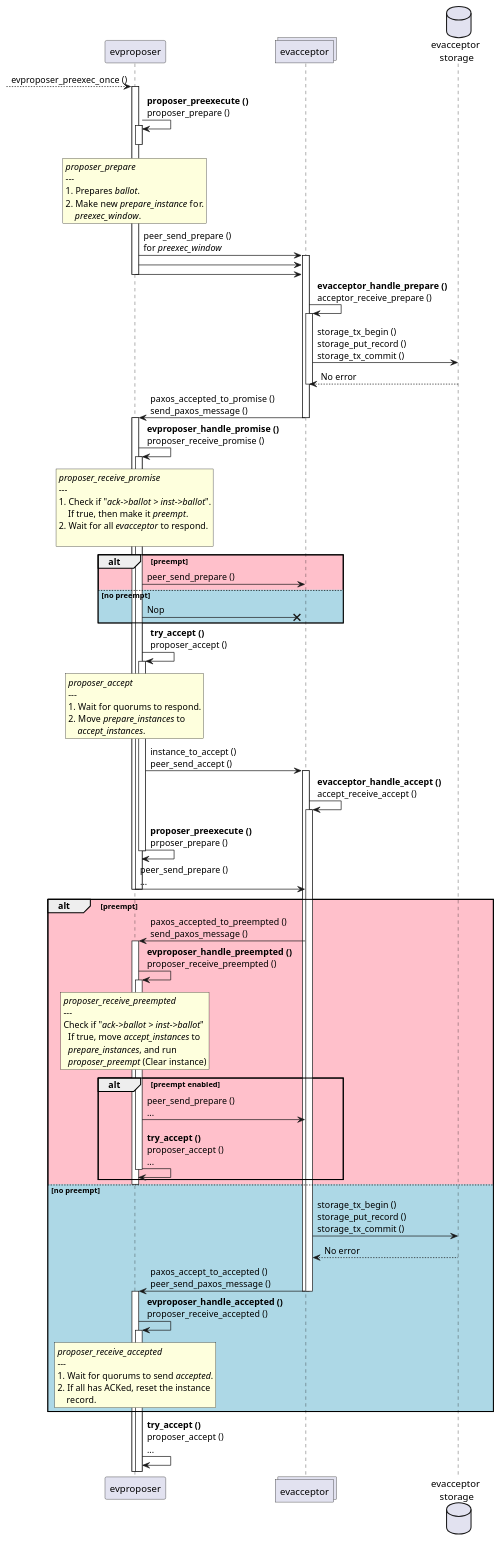
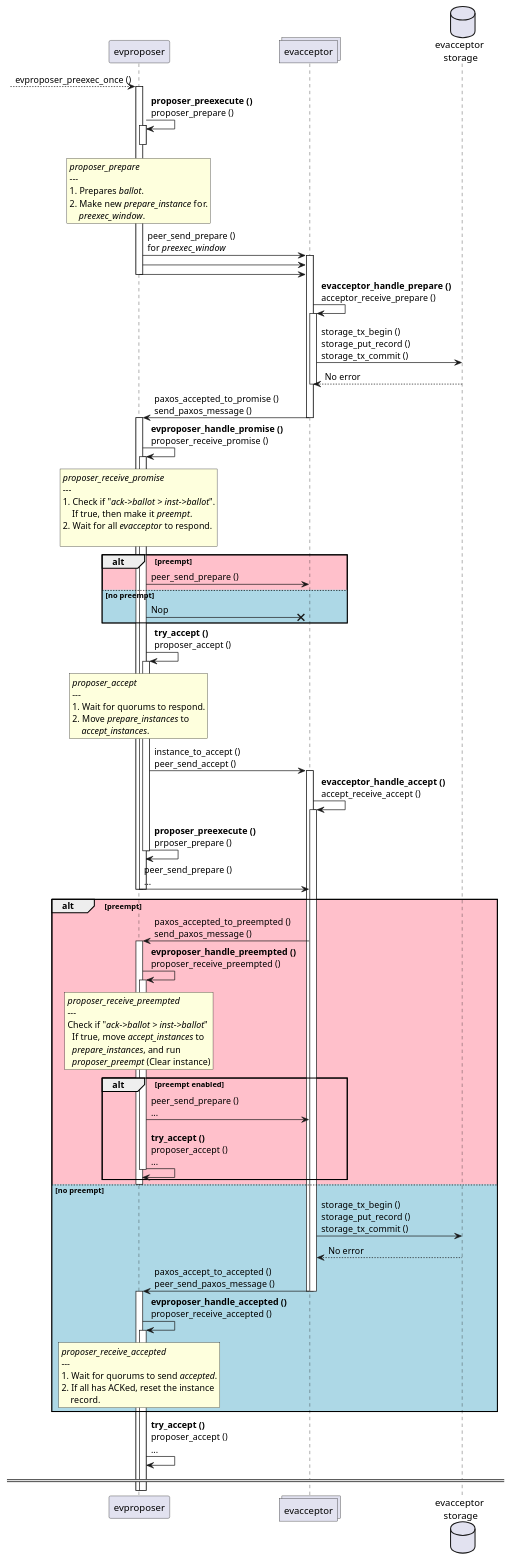
One commit to sjoon-oh/libpaxos-analysis changed the diagram in evpaxos/phases.plantuml. Above: the diagram before and after it, drawn with PlantUML. The commit also changed 2 other files, not shown here.

```diff
--- a/evpaxos/phases.plantuml
+++ b/evpaxos/phases.plantuml
@@ -1,140 +1,142 @@
 @startuml
 
 ?--> evproposer: evproposer_preexec_once ()
 
 collections evacceptor
 
 activate evproposer
 evproposer -> evproposer: **proposer_preexecute ()** \nproposer_prepare ()
 
 activate evproposer
 
 rnote over evproposer
     //proposer_prepare//
     ---
     1. Prepares //ballot//.
     2. Make new //prepare_instance// for.
         //preexec_window//.
 end note
 
 'hnote over evproposer
 '    for //preexec_window//
 'end note
 deactivate evproposer
 
 evproposer -> evacceptor: peer_send_prepare () \nfor //preexec_window//
 activate evacceptor
 evproposer -> evacceptor
 evproposer -> evacceptor
 
 deactivate evproposer
 
 evacceptor -> evacceptor: **evacceptor_handle_prepare ()**\nacceptor_receive_prepare ()
 
 database "evacceptor \nstorage"
 activate evacceptor
 evacceptor -> "evacceptor \nstorage": storage_tx_begin () \nstorage_put_record ()\nstorage_tx_commit ()
 "evacceptor \nstorage" --> evacceptor: No error
 deactivate evacceptor
 
 evacceptor -> evproposer: paxos_accepted_to_promise () \nsend_paxos_message ()
 
 deactivate evacceptor
 activate evproposer
 
 evproposer -> evproposer: **evproposer_handle_promise ()** \nproposer_receive_promise ()
 activate evproposer
 
 rnote over evproposer
     //proposer_receive_promise//
     ---
     1. Check if "//ack->ballot > inst->ballot//".
         If true, then make it //preempt//.
     2. Wait for all //evacceptor// to respond.
 
 end note
 
 alt #Pink preempt 
     evproposer -> evacceptor: peer_send_prepare ()
 else #Lightblue no preempt
     evproposer ->x evacceptor: Nop
 end
 
 
 evproposer -> evproposer: **try_accept ()** \nproposer_accept ()
 activate evproposer
 
 rnote over evproposer
     //proposer_accept//
     ---
     1. Wait for quorums to respond.
     2. Move //prepare_instances// to 
         //accept_instances//.
 end note
 
 evproposer -> evacceptor: instance_to_accept () \npeer_send_accept ()
 
 activate evacceptor
 evacceptor -> evacceptor: **evacceptor_handle_accept ()** \naccept_receive_accept ()
 activate evacceptor
 
 evproposer -> evproposer: **proposer_preexecute ()** \nprposer_prepare ()
 deactivate evproposer
 
 evproposer -> evacceptor: peer_send_prepare () \n...
 deactivate evproposer
 deactivate evproposer
 
 alt #Pink preempt
     evacceptor -> evproposer: paxos_accepted_to_preempted () \nsend_paxos_message ()
     activate evproposer
 
     evproposer -> evproposer: **evproposer_handle_preempted ()** \nproposer_receive_preempted ()
 
     activate evproposer
 
     rnote over evproposer
         //proposer_receive_preempted//
         ---
         Check if "//ack->ballot > inst->ballot//"
           If true, move //accept_instances// to 
           //prepare_instances//, and run
           //proposer_preempt// (Clear instance)
     end note
 
     alt preempt enabled
     evproposer -> evacceptor: peer_send_prepare () \n...
     evproposer -> evproposer: **try_accept ()** \nproposer_accept () \n...  
     
     deactivate evproposer
     end
 
     deactivate evproposer
 
 else #Lightblue no preempt
     evacceptor -> "evacceptor \nstorage": storage_tx_begin () \nstorage_put_record ()\nstorage_tx_commit ()
     "evacceptor \nstorage" --> evacceptor: No error
 
     evacceptor -> evproposer: paxos_accept_to_accepted ()\npeer_send_paxos_message ()
     deactivate evacceptor
     deactivate evacceptor
     activate evproposer
     
 
     evproposer -> evproposer: **evproposer_handle_accepted ()** \nproposer_receive_accepted ()
 
     activate evproposer
 
 
     rnote over evproposer
         //proposer_receive_accepted//
         ---
         1. Wait for quorums to send //accepted//.
         2. If all has ACKed, reset the instance 
             record.
     end note
 end
 
 evproposer -> evproposer: **try_accept ()** \nproposer_accept () \n...
 
+====
+
 @enduml
```
